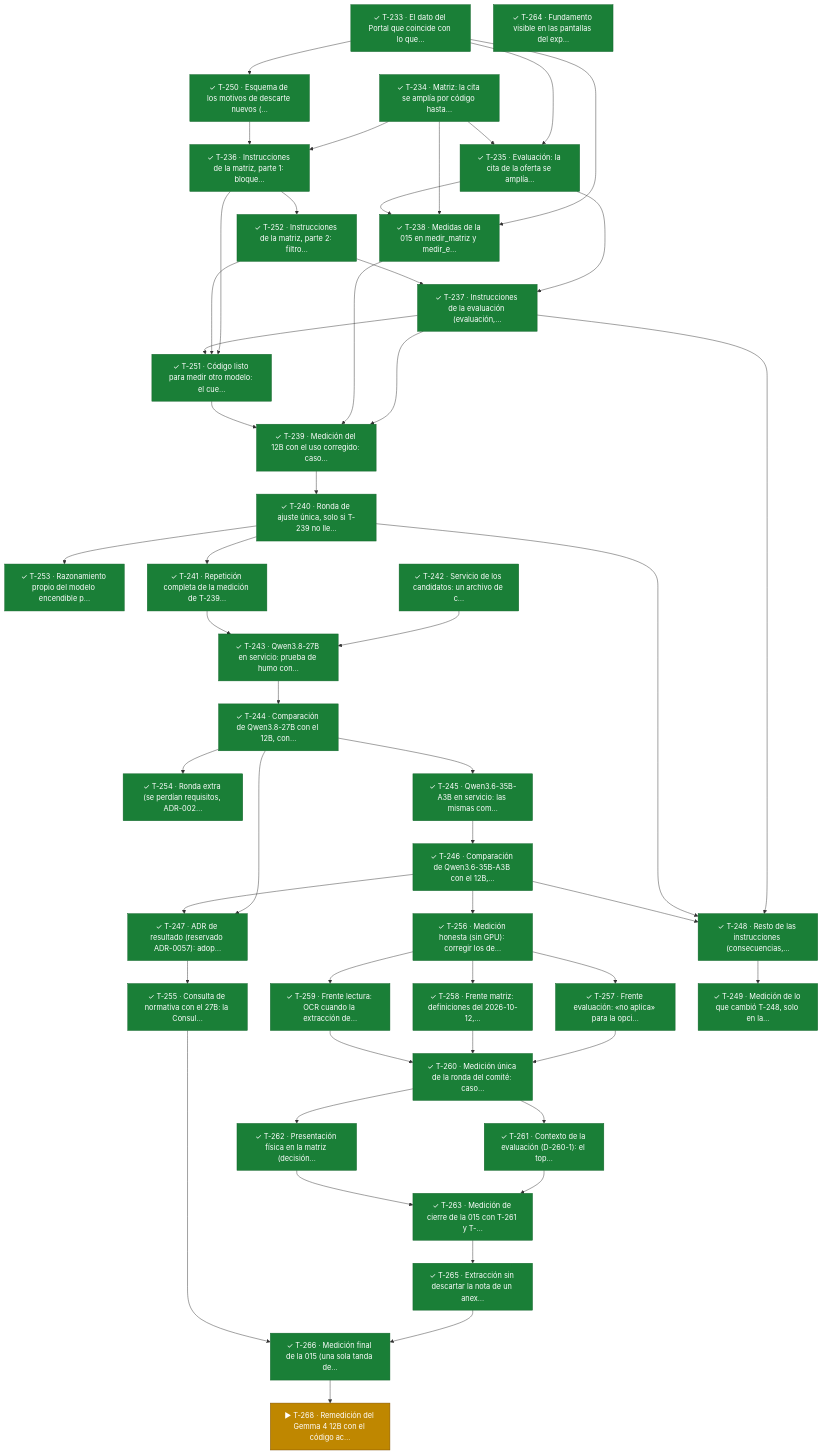
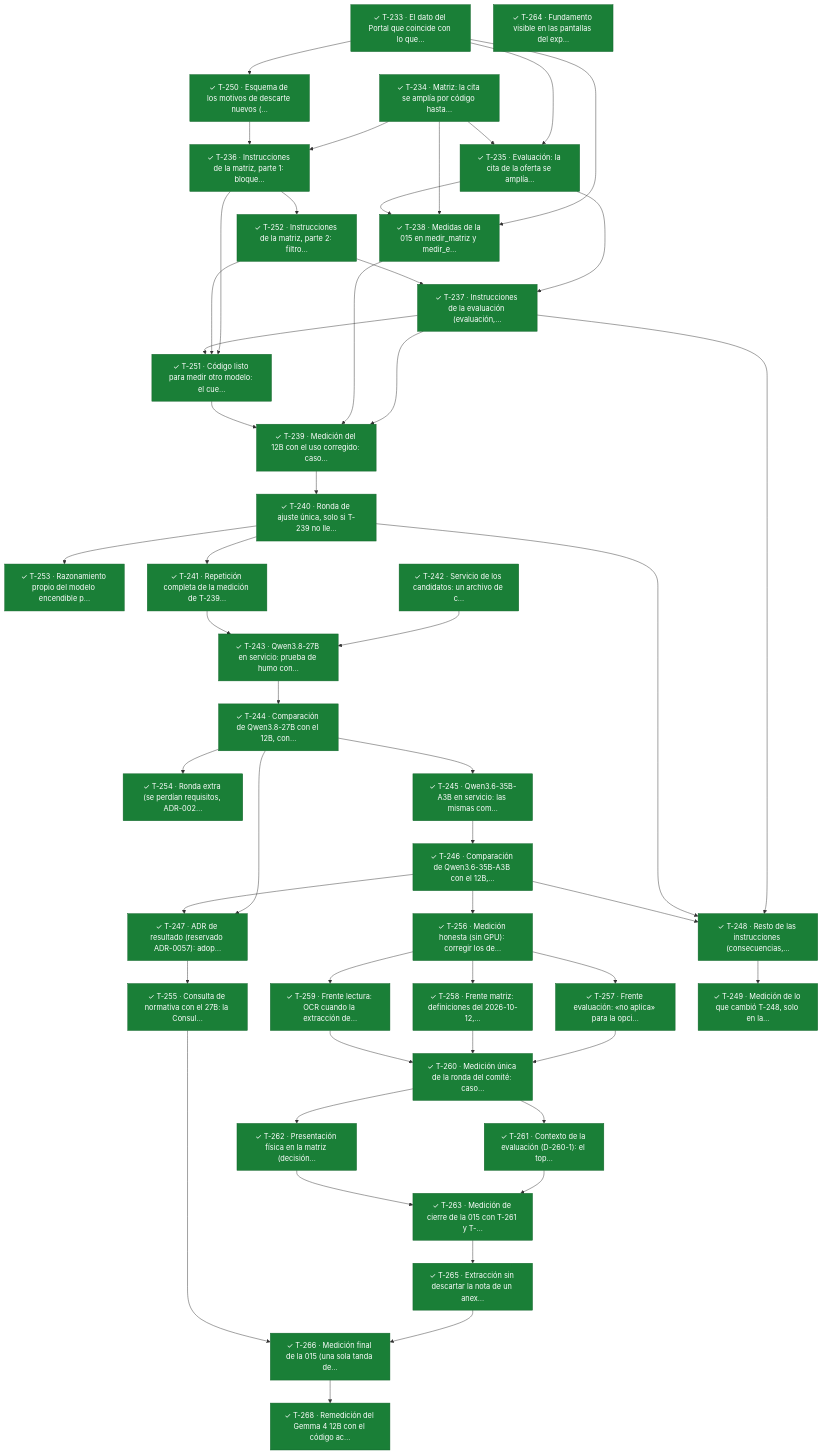
Before and after one commit to snavello/EVALUON: diagram 17 of 17 in docs/tablero.md, drawn with Mermaid. The commit also changed other lines of this file and 3 other files, not shown here.

Commit message:
gestión: T-268 terminada (el 12B con el mismo código: la ventaja del 27B en la matriz es del modelo), ADR-0057 corregido y decisión del 2026-10-12 registrada

```diff
--- a/docs/tablero.md
+++ b/docs/tablero.md
@@ -1359,7 +1359,7 @@
   T264["✓ T-264 · Fundamento visible en las pantallas del exp…"]:::done
   T265["✓ T-265 · Extracción sin descartar la nota de un anex…"]:::done
   T266["✓ T-266 · Medición final de la 015 (una sola tanda de…"]:::done
-  T268["▶ T-268 · Remedición del Gemma 4 12B con el código ac…"]:::active
+  T268["✓ T-268 · Remedición del Gemma 4 12B con el código ac…"]:::done
   T237["✓ T-237 · Instrucciones de la evaluación (evaluación,…"]:::done
   T251["✓ T-251 · Código listo para medir otro modelo: el cue…"]:::done
   T238["✓ T-238 · Medidas de la 015 en medir_matriz y medir_e…"]:::done
```
